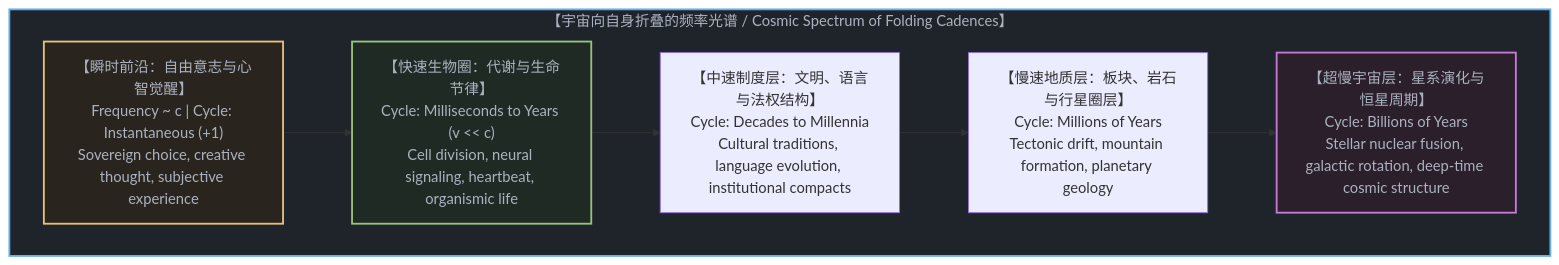
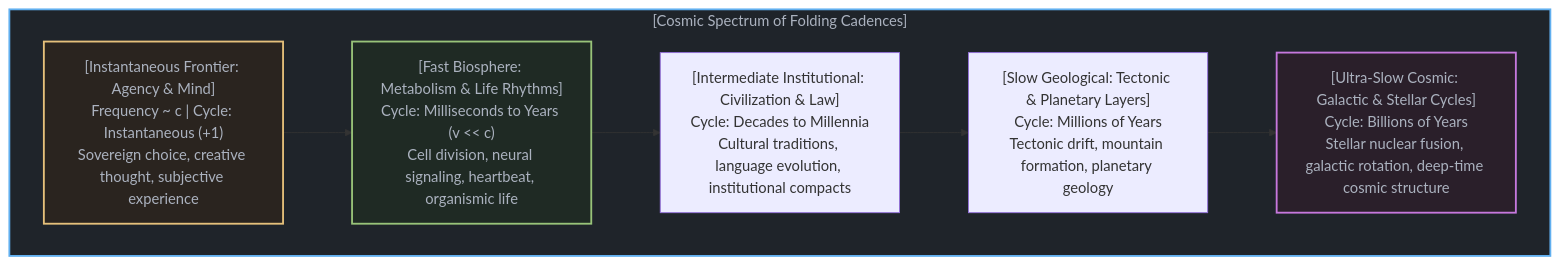
The tenth of 10 diagrams in content/posts/the-velocity-of-visibility.md (powerpig99/not-a-toe), drawn with Mermaid before and after one commit. The commit also changed other lines of this file and 7 other files, not shown here.

````diff
--- a/content/posts/the-velocity-of-visibility.md
+++ b/content/posts/the-velocity-of-visibility.md
@@ -246,20 +374,20 @@
 ```mermaid
 graph TB
-    subgraph FrequencySpectrum["【宇宙向自身折叠的频率光谱 / Cosmic Spectrum of Folding Cadences】"]
-        MindBand["【瞬时前沿：自由意志与心智觉醒】<br>Frequency ~ c | Cycle: Instantaneous (+1)<br>Sovereign choice, creative thought, subjective experience"]
-        BioBand["【快速生物圈：代谢与生命节律】<br>Cycle: Milliseconds to Years (v << c)<br>Cell division, neural signaling, heartbeat, organismic life"]
-        InstBand["【中速制度层：文明、语言与法权结构】<br>Cycle: Decades to Millennia<br>Cultural traditions, language evolution, institutional compacts"]
-        GeoBand["【慢速地质层：板块、岩石与行星圈层】<br>Cycle: Millions of Years<br>Tectonic drift, mountain formation, planetary geology"]
-        CosmicBand["【超慢宇宙层：星系演化与恒星周期】<br>Cycle: Billions of Years<br>Stellar nuclear fusion, galactic rotation, deep-time cosmic structure"]
+    subgraph FrequencySpectrum["[Cosmic Spectrum of Folding Cadences]"]
+        MindBand["[Instantaneous Frontier: Agency & Mind]<br>Frequency ~ c | Cycle: Instantaneous (+1)<br>Sovereign choice, creative thought, subjective experience"]
+        BioBand["[Fast Biosphere: Metabolism & Life Rhythms]<br>Cycle: Milliseconds to Years (v << c)<br>Cell division, neural signaling, heartbeat, organismic life"]
+        InstBand["[Intermediate Institutional: Civilization & Law]<br>Cycle: Decades to Millennia<br>Cultural traditions, language evolution, institutional compacts"]
+        GeoBand["[Slow Geological: Tectonic & Planetary Layers]<br>Cycle: Millions of Years<br>Tectonic drift, mountain formation, planetary geology"]
+        CosmicBand["[Ultra-Slow Cosmic: Galactic & Stellar Cycles]<br>Cycle: Billions of Years<br>Stellar nuclear fusion, galactic rotation, deep-time cosmic structure"]
 
         MindBand --> BioBand
         BioBand --> InstBand
         InstBand --> GeoBand
         GeoBand --> CosmicBand
     end
 
     style FrequencySpectrum fill:#1f242a,stroke:#61afef,stroke-width:2px,color:#abb2bf
     style MindBand fill:#2a241f,stroke:#e5c07b,stroke-width:2px,color:#abb2bf
     style BioBand fill:#1f2a24,stroke:#98c379,stroke-width:2px,color:#abb2bf
     style CosmicBand fill:#2a1f2a,stroke:#c678dd,stroke-width:2px,color:#abb2bf
 ```
````
